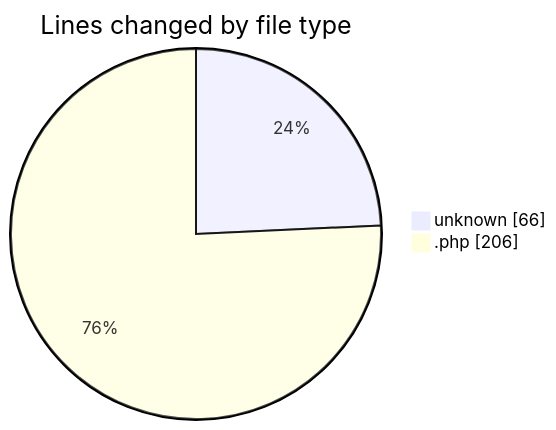
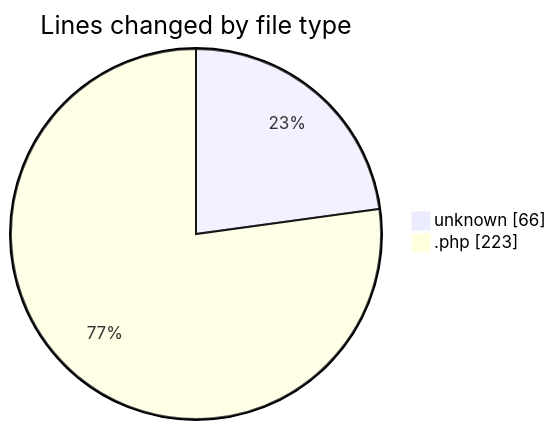
Before and after one commit to idhammustaqopulfikri/code-tracking: the first of 2 diagrams in 2025-11-08/futsal/README.md, drawn with Mermaid. The commit also changed other lines of this file and 1 other file, not shown here.

````diff
--- a/2025-11-08/futsal/README.md
+++ b/2025-11-08/futsal/README.md
@@ -23,6 +24,6 @@
 ```mermaid
 pie showData
 title Lines changed by file type
 "unknown" : 66
-".php" : 206
+".php" : 223
 ```
````
